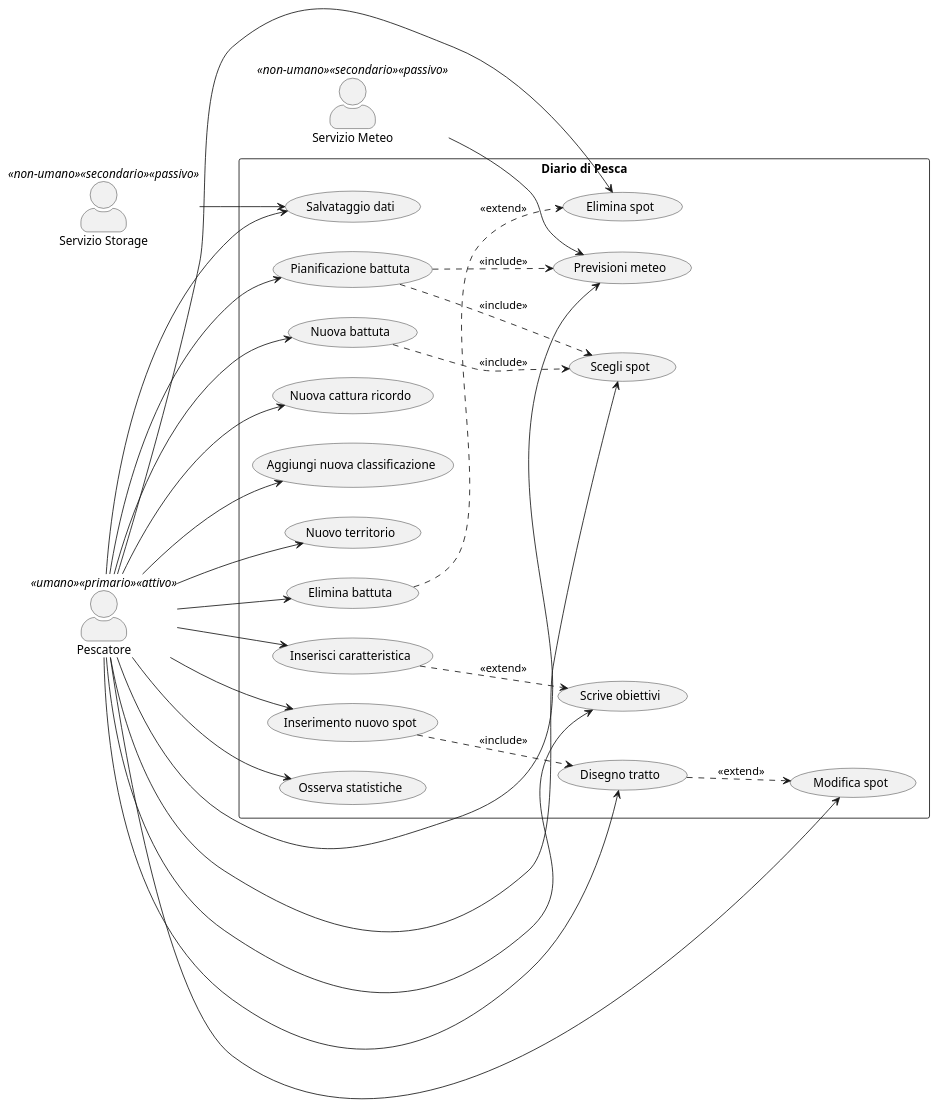
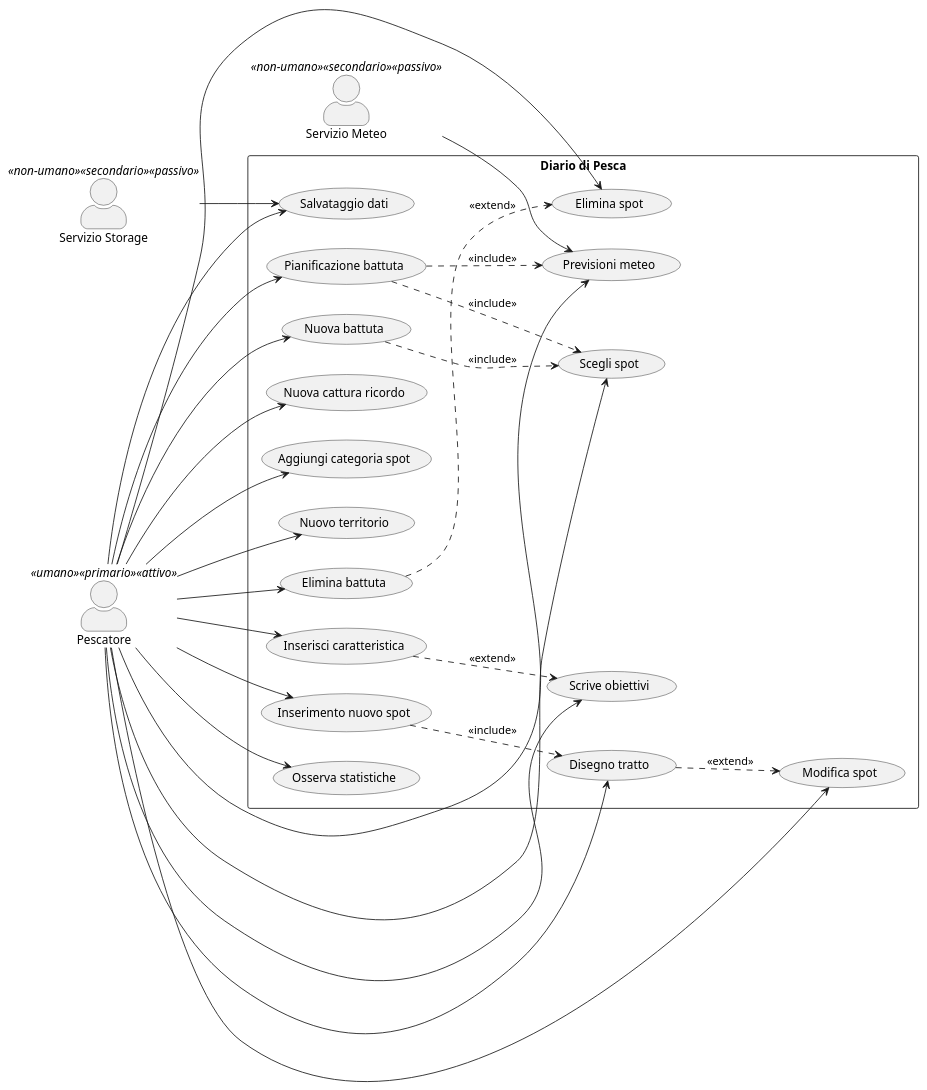
One commit to LocaCele04/LC_Tesi changed the diagram in diagrams/diagramma_casi_uso.puml. Above: the diagram before and after it, drawn with PlantUML. The commit also changed 4 other files, not shown here.

Commit message:
scrittura diagramma classi

```diff
--- a/diagrams/diagramma_casi_uso.puml
+++ b/diagrams/diagramma_casi_uso.puml
@@ -1,67 +1,67 @@
 @startuml Diagramma_dei_casi_duso
 left to right direction
 skinparam packageStyle rectangle
 skinparam actorStyle awesome
 
 actor "Pescatore" as Pescatore <<umano>> <<primario>> <<attivo>>
 actor "Servizio Meteo" as Meteo <<non-umano>> <<secondario>> <<passivo>>
 actor "Servizio Storage" as Storage <<non-umano>> <<secondario>> <<passivo>>
 
 rectangle "Diario di Pesca" {
   ' --- nuovi casi uso ---
 	usecase "Disegno tratto" as UC_DisegnoTratto
 	usecase "Elimina battuta" as UC_EliminaBattuta
 	usecase "Inserisci caratteristica" as UC_NuovaCaratteristica
 	usecase "Scrive obiettivi" as UC_NuovoObiettivo
 	usecase "Previsioni meteo" as UC_Previsioni
 	usecase "Inserimento nuovo spot" as UC_NuovoSpot
 	usecase "Modifica spot" as UC_ModificaSpot
 	usecase "Scegli spot" as UC_SceltaSpot
 	usecase "Osserva statistiche" as UC_Statistiche
 	usecase "Elimina spot" as UC_EliminaSpot
 	usecase "Salvataggio dati" as UC_Backup
 	usecase "Nuova battuta" as UC_NuovaBattuta
 	usecase "Pianificazione battuta" as UC_Pianificazione
 	usecase "Nuova cattura ricordo" as UC_CatturaMemorabile
-	usecase "Aggiungi nuova classificazione" as UC_NuovaClassificazione
+	usecase "Aggiungi categoria spot" as UC_NuovaClassificazione
 	usecase "Nuovo territorio" as UC_NuovaValle
 	
   
 
   ' --- nuove associazioni ---
 	UC_NuovoSpot ..> UC_DisegnoTratto : <<include>>
 	UC_DisegnoTratto ..> UC_ModificaSpot : <<extend>>
 	UC_NuovaBattuta ..> UC_SceltaSpot : <<include>>
 	UC_Pianificazione ..> UC_Previsioni : <<include>>
 	UC_Pianificazione ..> UC_SceltaSpot : <<include>>
 	UC_NuovaCaratteristica ..> UC_NuovoObiettivo : <<extend>>  
 	UC_EliminaBattuta ..> UC_EliminaSpot : <<extend>> 
 
 
   
 
 
   ' --- Regola di business, l'eliminazione da parte del pescatore dello spot elimina anche il tratto associato e viceversa ---
 }
 
 ' --- associazioni con attori ---
 	Meteo --> UC_Previsioni
 	Storage --> UC_Backup
 	Pescatore --> UC_NuovoSpot
 	Pescatore --> UC_ModificaSpot
 	Pescatore --> UC_SceltaSpot
 	Pescatore --> UC_EliminaSpot
 	Pescatore --> UC_Statistiche
 	Pescatore --> UC_Backup
 	Pescatore --> UC_EliminaBattuta 
 	Pescatore --> UC_DisegnoTratto
 	Pescatore --> UC_CatturaMemorabile
 	Pescatore --> UC_NuovaCaratteristica
 	Pescatore --> UC_NuovaBattuta
 	Pescatore --> UC_Pianificazione
 	Pescatore --> UC_NuovoObiettivo
 	Pescatore --> UC_Previsioni
 	Pescatore --> UC_NuovaClassificazione
 	Pescatore --> UC_NuovaValle
 
 @enduml
```
